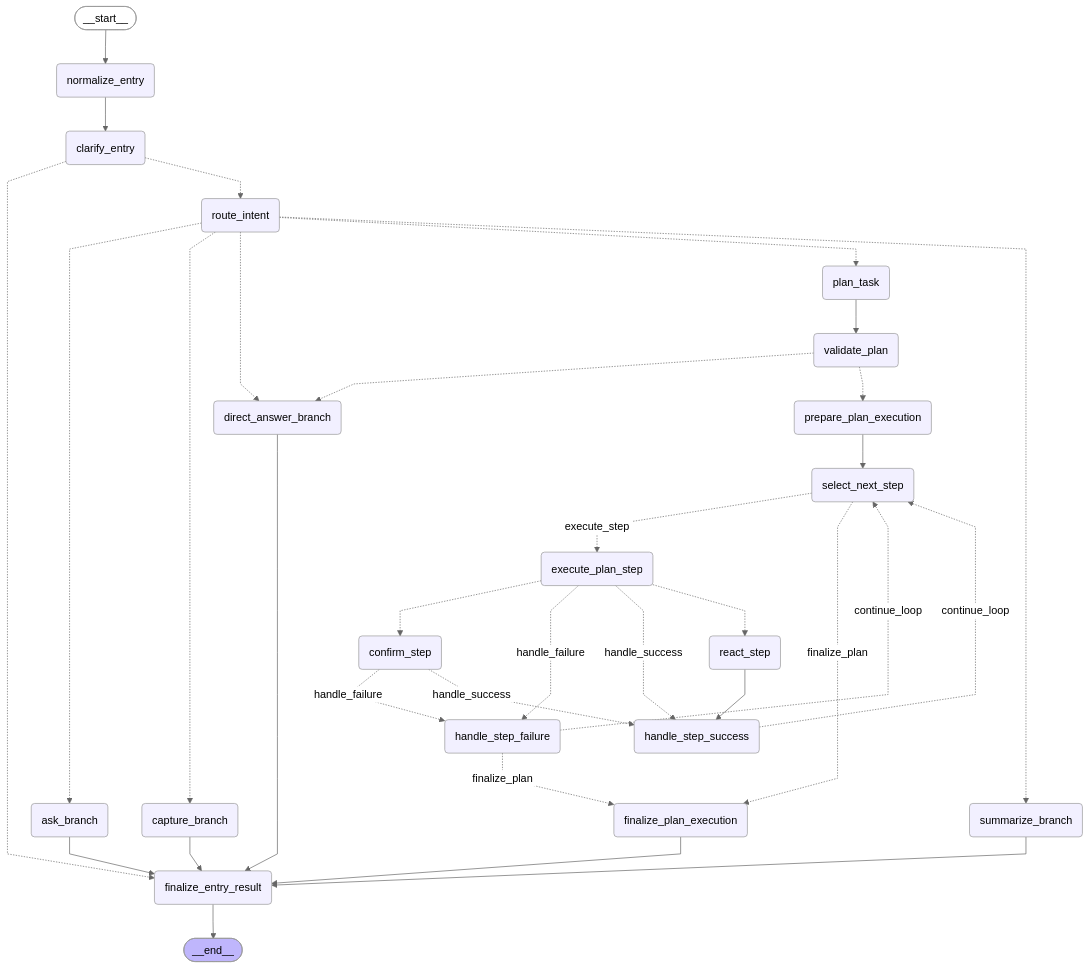
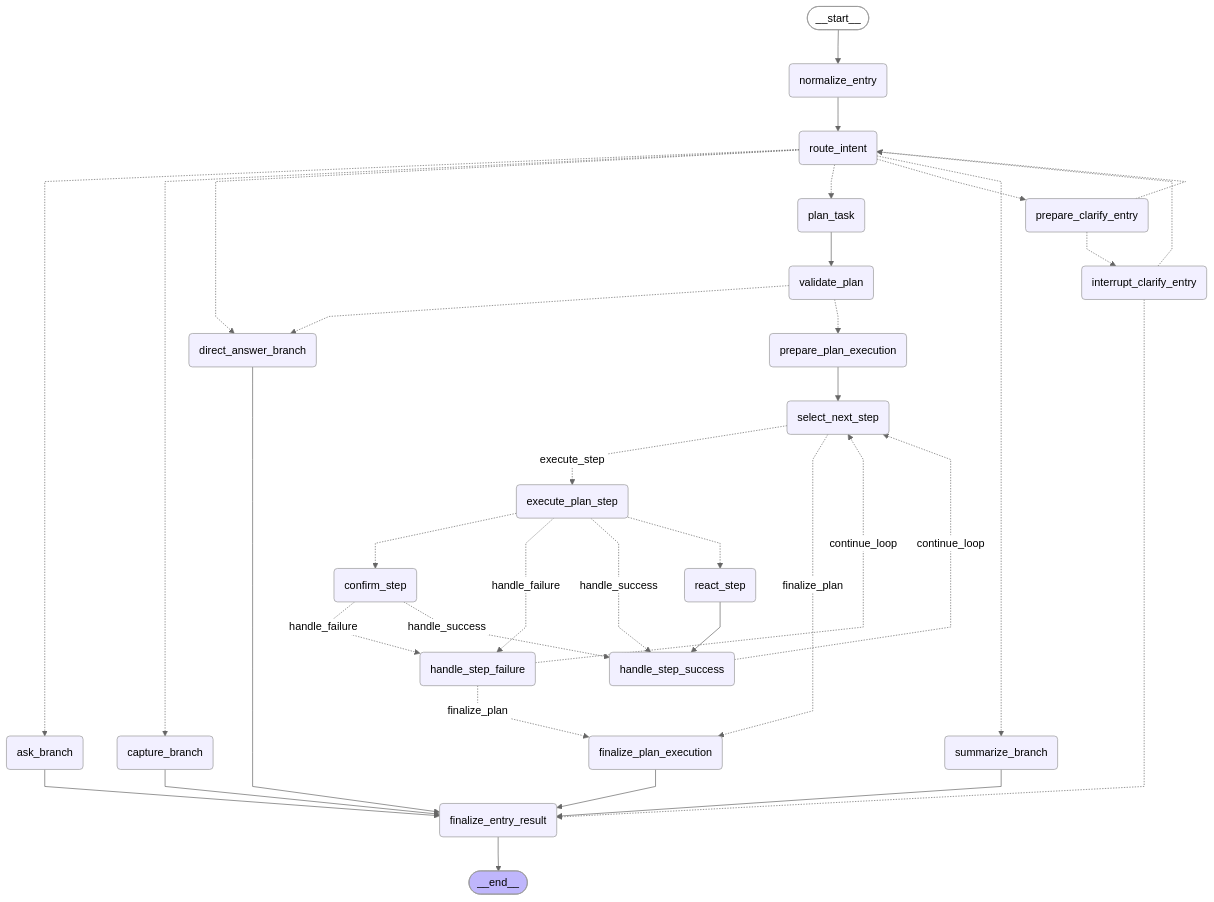
Before and after one commit to SkyLiberation/personalAgent: the diagram in docs/assets/entry-orchestration.md, drawn with Mermaid (neutral theme). The commit also changed 20 other files, not shown here.

````diff
--- a/docs/assets/entry-orchestration.md
+++ b/docs/assets/entry-orchestration.md
@@ -1,63 +1,67 @@
 ```mermaid
 ---
 config:
   flowchart:
     curve: linear
 ---
 graph TD;
 	__start__([<p>__start__</p>]):::first
 	normalize_entry(normalize_entry)
-	clarify_entry(clarify_entry)
+	prepare_clarify_entry(prepare_clarify_entry)
+	interrupt_clarify_entry(interrupt_clarify_entry)
 	route_intent(route_intent)
 	plan_task(plan_task)
 	validate_plan(validate_plan)
 	capture_branch(capture_branch)
 	ask_branch(ask_branch)
 	summarize_branch(summarize_branch)
 	direct_answer_branch(direct_answer_branch)
 	finalize_entry_result(finalize_entry_result)
 	prepare_plan_execution(prepare_plan_execution)
 	select_next_step(select_next_step)
 	execute_plan_step(execute_plan_step)
 	handle_step_success(handle_step_success)
 	handle_step_failure(handle_step_failure)
 	confirm_step(confirm_step)
 	react_step(react_step)
 	finalize_plan_execution(finalize_plan_execution)
 	__end__([<p>__end__</p>]):::last
 	__start__ --> normalize_entry;
 	ask_branch --> finalize_entry_result;
 	capture_branch --> finalize_entry_result;
-	clarify_entry -.-> finalize_entry_result;
-	clarify_entry -.-> route_intent;
+	prepare_clarify_entry -.-> interrupt_clarify_entry;
+	prepare_clarify_entry -.-> route_intent;
+	interrupt_clarify_entry -.-> finalize_entry_result;
+	interrupt_clarify_entry -.-> route_intent;
 	confirm_step -. &nbsp;handle_failure&nbsp; .-> handle_step_failure;
 	confirm_step -. &nbsp;handle_success&nbsp; .-> handle_step_success;
 	direct_answer_branch --> finalize_entry_result;
 	execute_plan_step -.-> confirm_step;
 	execute_plan_step -. &nbsp;handle_failure&nbsp; .-> handle_step_failure;
 	execute_plan_step -. &nbsp;handle_success&nbsp; .-> handle_step_success;
 	execute_plan_step -.-> react_step;
 	finalize_plan_execution --> finalize_entry_result;
 	handle_step_failure -. &nbsp;finalize_plan&nbsp; .-> finalize_plan_execution;
 	handle_step_failure -. &nbsp;continue_loop&nbsp; .-> select_next_step;
 	handle_step_success -. &nbsp;continue_loop&nbsp; .-> select_next_step;
-	normalize_entry --> clarify_entry;
+	normalize_entry --> route_intent;
 	plan_task --> validate_plan;
 	prepare_plan_execution --> select_next_step;
 	react_step --> handle_step_success;
 	route_intent -.-> ask_branch;
 	route_intent -.-> capture_branch;
 	route_intent -.-> direct_answer_branch;
 	route_intent -.-> plan_task;
+	route_intent -.-> prepare_clarify_entry;
 	route_intent -.-> summarize_branch;
 	select_next_step -. &nbsp;execute_step&nbsp; .-> execute_plan_step;
 	select_next_step -. &nbsp;finalize_plan&nbsp; .-> finalize_plan_execution;
 	summarize_branch --> finalize_entry_result;
 	validate_plan -.-> direct_answer_branch;
 	validate_plan -.-> prepare_plan_execution;
 	finalize_entry_result --> __end__;
 	classDef default fill:#f2f0ff,line-height:1.2
 	classDef first fill-opacity:0
 	classDef last fill:#bfb6fc
 
 ```
````
